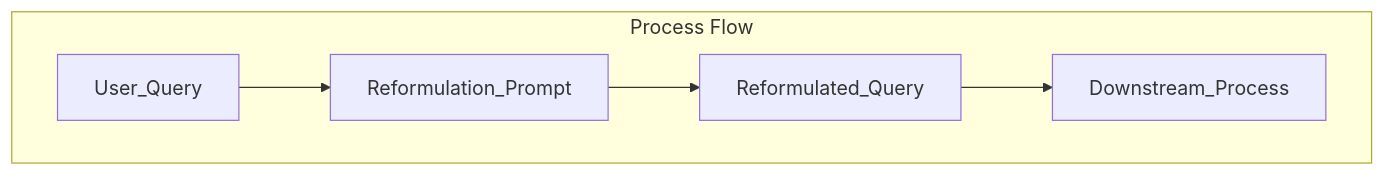
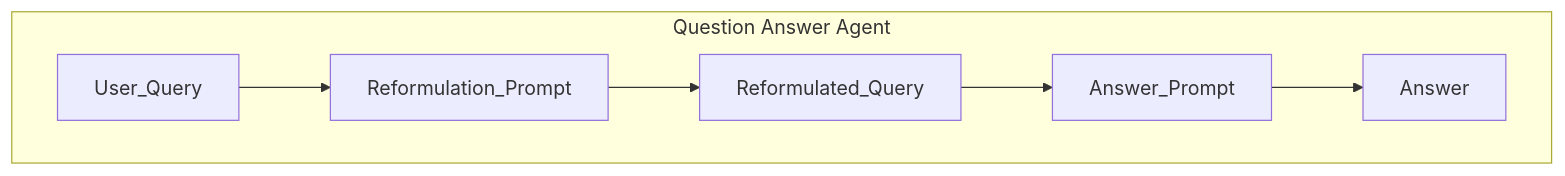
Before and after one commit to demml/scouter: the diagram in py-scouter/docs/docs/monitoring/llm/evaluation.md, drawn with Mermaid. The commit also changed other lines of this file and 1 other file, not shown here.

````diff
--- a/py-scouter/docs/docs/monitoring/llm/evaluation.md
+++ b/py-scouter/docs/docs/monitoring/llm/evaluation.md
@@ -43,9 +57,10 @@
 ```mermaid
 flowchart TD
-subgraph A["Process Flow"]
+subgraph A["Question Answer Agent"]
     direction LR
     User_Query --> Reformulation_Prompt
     Reformulation_Prompt --> Reformulated_Query
-    Reformulated_Query --> Downstream_Process
+    Reformulated_Query --> Answer_Prompt
+    Answer_Prompt --> Answer
 end
 ```
````
